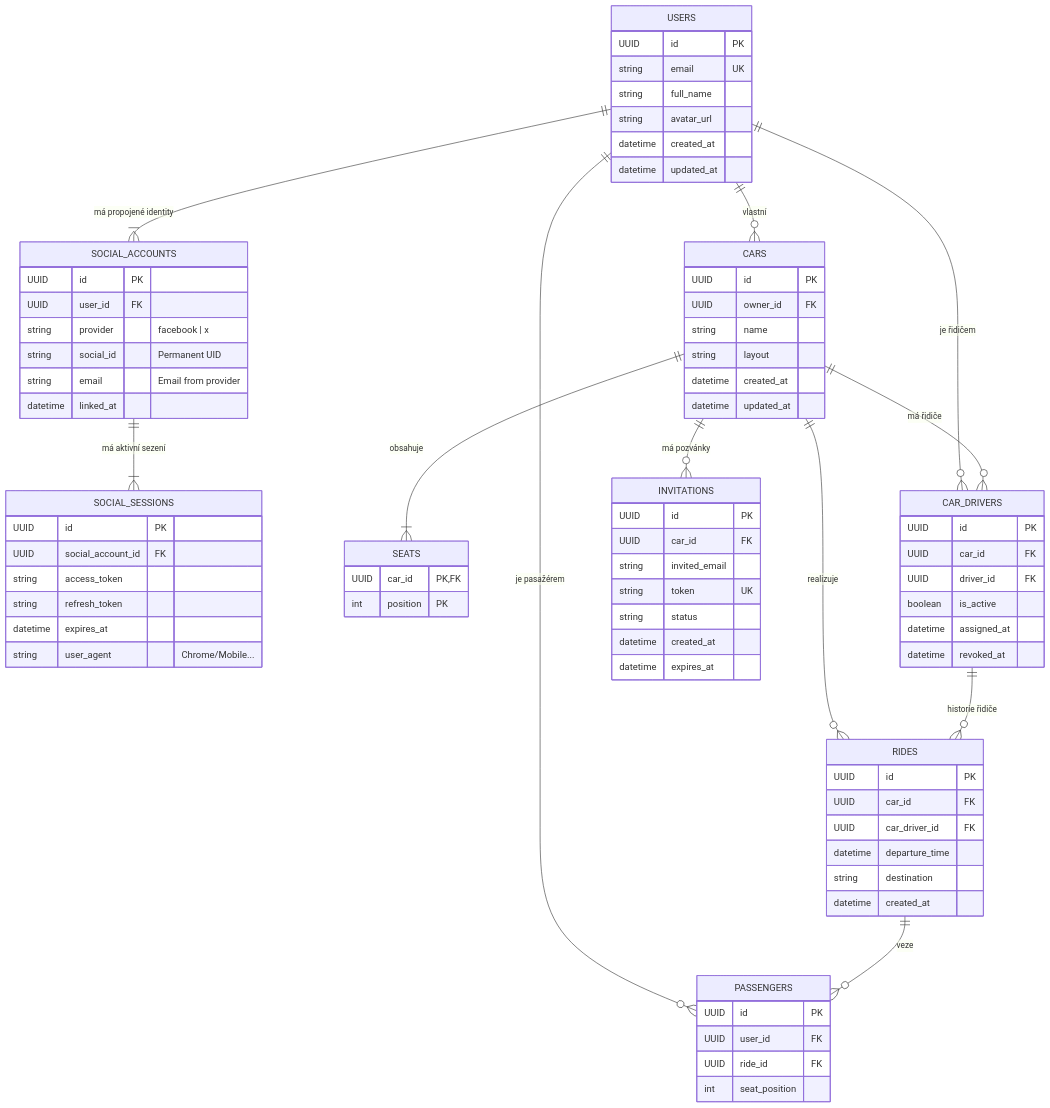
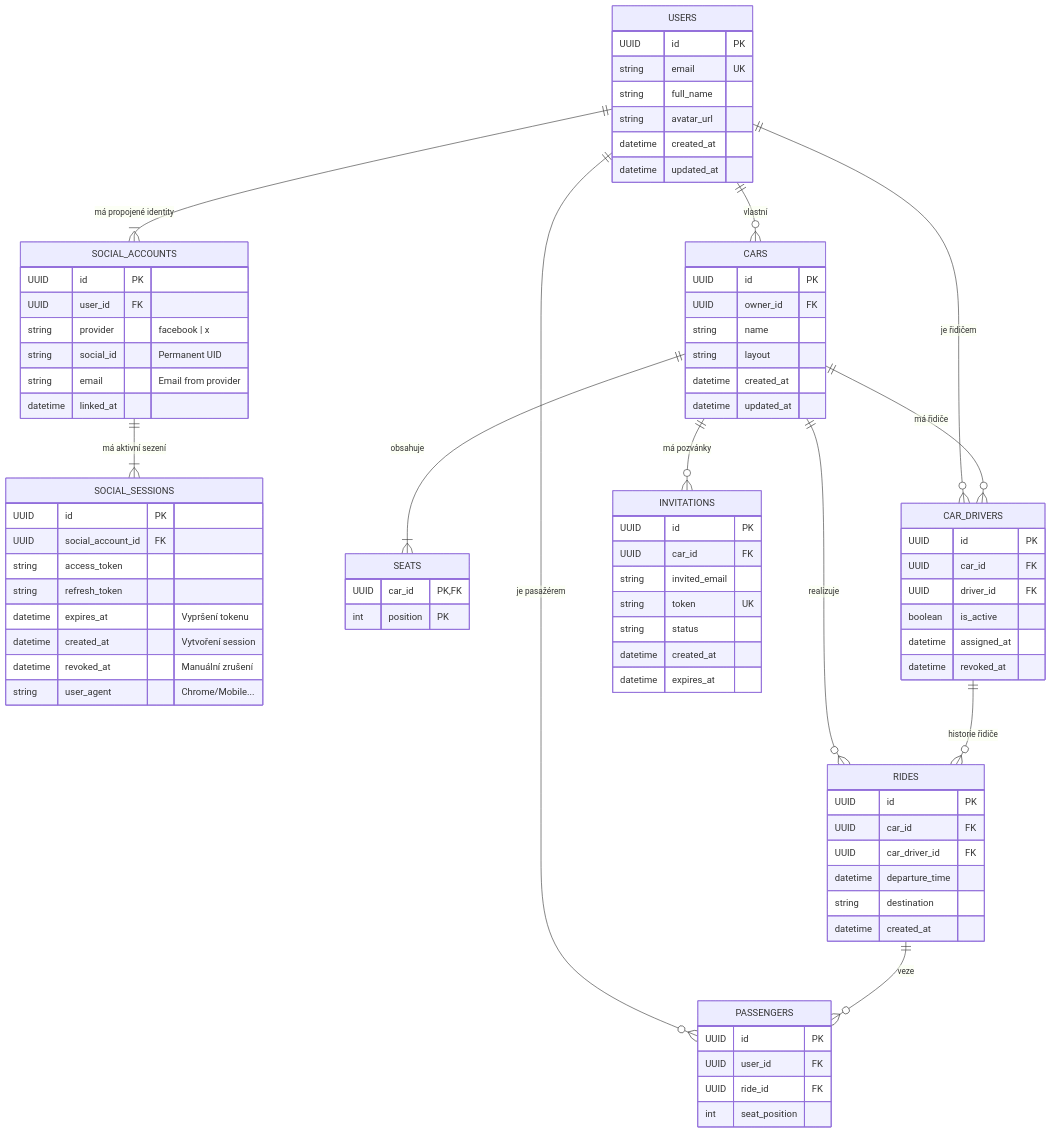
Before and after one commit to matthewjezek/Sitzy: the diagram in diagrams/02_er.md, drawn with Mermaid.

Commit message:
Enhance SOCIAL_SESSIONS: Add created_at and revoked_at fields with descriptions

```diff
--- a/diagrams/02_er.md
+++ b/diagrams/02_er.md
@@ -28,7 +28,9 @@
         UUID social_account_id FK
         string access_token
         string refresh_token
-        datetime expires_at
+        datetime expires_at "Vypršení tokenu"
+        datetime created_at "Vytvoření session"
+        datetime revoked_at "Manuální zrušení"
         string user_agent "Chrome/Mobile..."
     }
 
```
